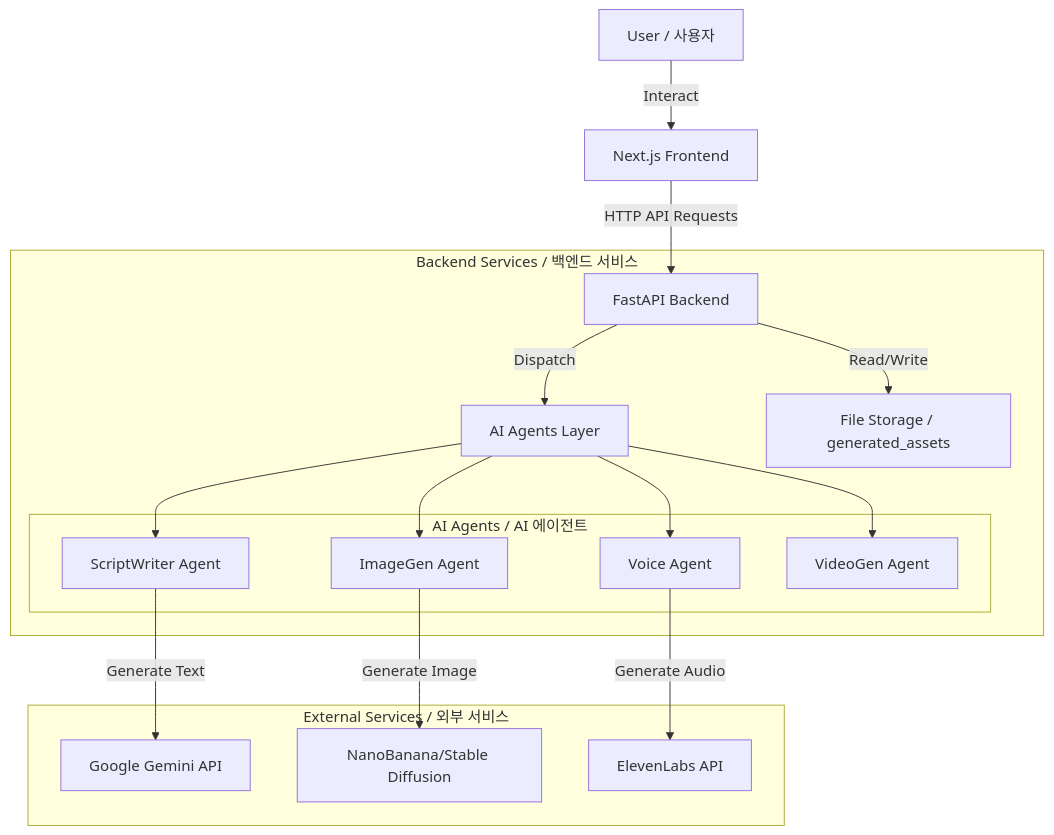
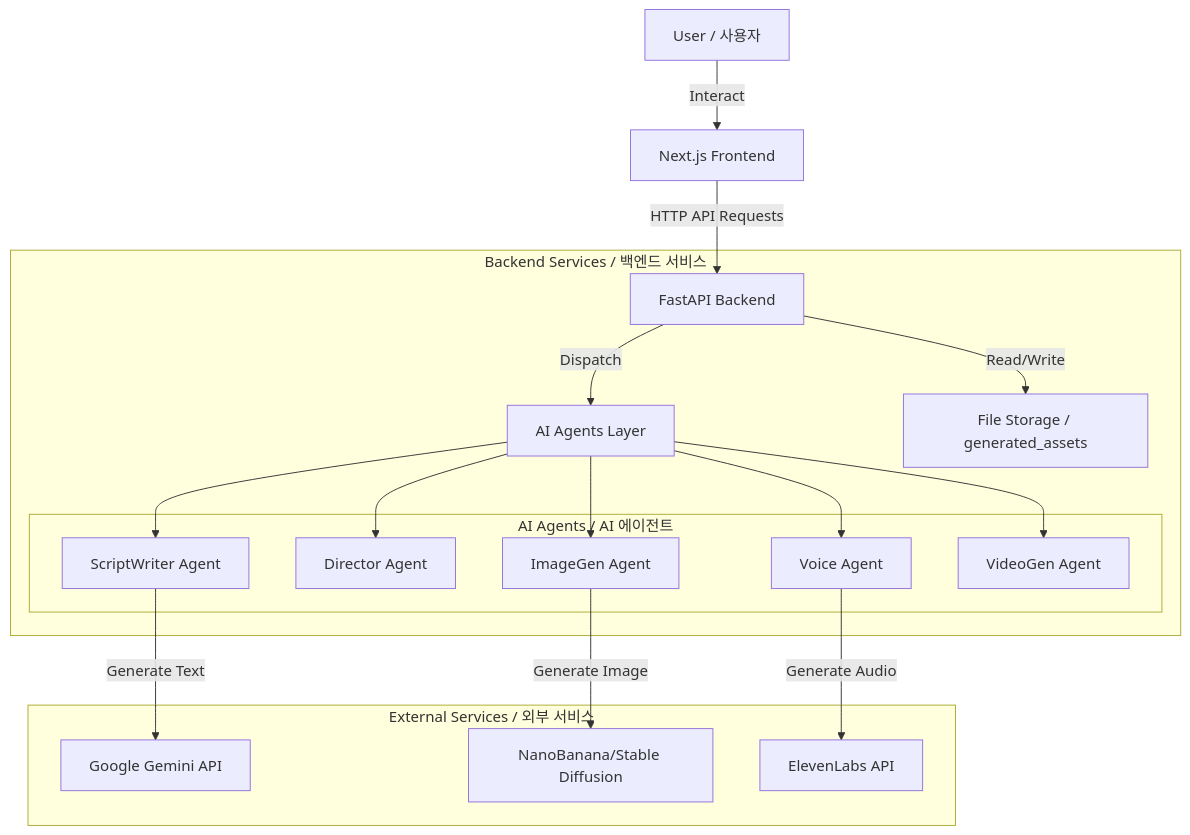
The first of 2 diagrams in docs/project_architecture.md (taigi0315/short_factory_langchain), drawn with Mermaid before and after one commit. The commit also changed 1 other file, not shown here.

Commit message:
Update documentation for Director Agent integration
- Updated project_architecture.md to show Director Agent
- Created comprehensive integration walkthrough
- Documented feature comparison and benefits

````diff
--- a/docs/project_architecture.md
+++ b/docs/project_architecture.md
@@ -15,28 +15,30 @@
 ```mermaid
 graph TD
     User[User / 사용자] -->|Interact| Frontend[Next.js Frontend]
     Frontend -->|HTTP API Requests| API[FastAPI Backend]
     
     subgraph "Backend Services / 백엔드 서비스"
         API -->|Dispatch| Agents[AI Agents Layer]
         API -->|Read/Write| Storage[File Storage / generated_assets]
         
         subgraph "AI Agents / AI 에이전트"
             ScriptAgent[ScriptWriter Agent]
+            DirectorAgent[Director Agent]
             ImageAgent[ImageGen Agent]
             VoiceAgent[Voice Agent]
             VideoAgent[VideoGen Agent]
         end
         
         Agents --> ScriptAgent
+        Agents --> DirectorAgent
         Agents --> ImageAgent
         Agents --> VoiceAgent
         Agents --> VideoAgent
     end
     
     subgraph "External Services / 외부 서비스"
         ScriptAgent -->|Generate Text| Gemini[Google Gemini API]
         ImageAgent -->|Generate Image| NanoBanana[NanoBanana/Stable Diffusion]
         VoiceAgent -->|Generate Audio| ElevenLabs[ElevenLabs API]
     end
 ```
````
